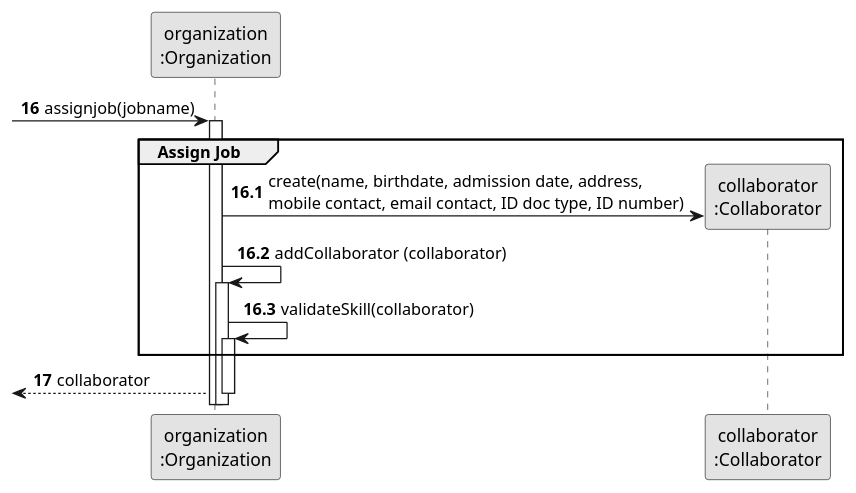
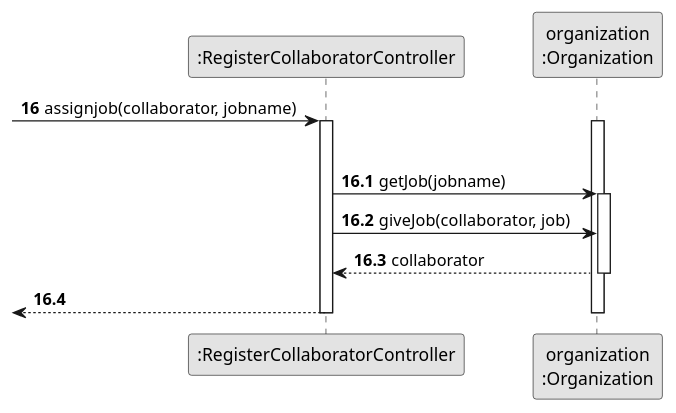
Before and after one commit to tiagosoa/lei-24-s2-1dgh-g073: the diagram in docs/sprint2/us003/03.design/puml/us003-sequence-diagram-partial-assign-job.puml, drawn with PlantUML. The commit also changed 35 other files, not shown here.

```diff
--- a/docs/sprint2/us003/03.design/puml/us003-sequence-diagram-partial-assign-job.puml
+++ b/docs/sprint2/us003/03.design/puml/us003-sequence-diagram-partial-assign-job.puml
@@ -1,29 +1,35 @@
 @startuml
 skinparam monochrome true
 skinparam packageStyle rectangle
 skinparam shadowing false
 
+participant ":RegisterCollaboratorController" as CTRL
 participant "organization\n:Organization" as ORG
-participant "collaborator\n:Collaborator" as COLABORADOR
 
 autonumber 16
--> ORG: assignjob(jobname)
+-> CTRL: assignjob(collaborator, jobname)
 
 autonumber 16.1
 activate ORG
+
     group Assign Job
+    activate CTRL
 
-        ORG -> COLABORADOR**: create(name, birthdate, admission date, address, \nmobile contact, email contact, ID doc type, ID number)
-        ORG -> ORG: addCollaborator (collaborator)
+           CTRL -> ORG: getJob(jobname)
+             activate ORG
 
-        activate ORG
-            ORG -> ORG: validateSkill(collaborator)
-            activate ORG
-    end
 
-    autonumber 17
-    <-- ORG : collaborator
+                CTRL -> ORG: giveJob(collaborator, job)
+
+
+                        ORG --> CTRL : collaborator
+
+                    deactivate ORG
+
+                    <-- CTRL
+                    deactivate CTRL
+
 deactivate ORG
 
 
 @enduml
```
